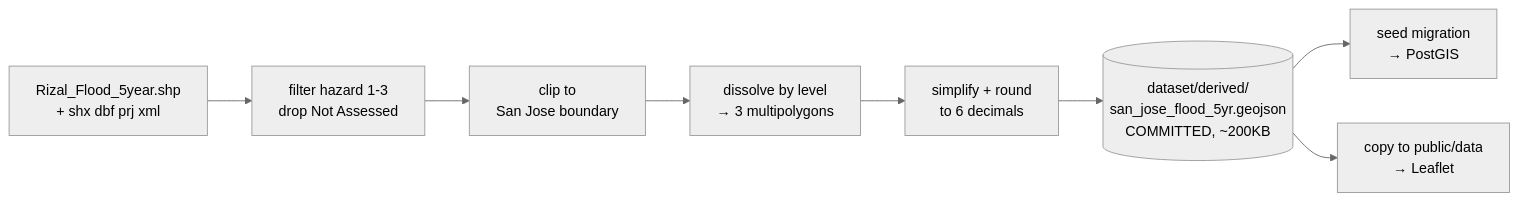
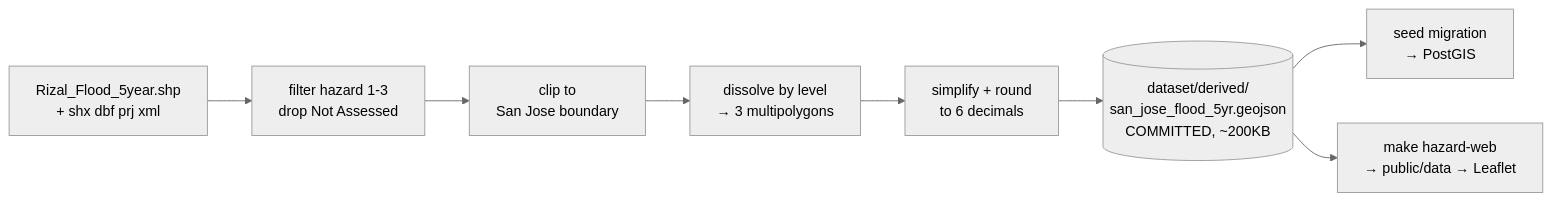
The seventh of 7 diagrams in docs/architecture.md (MaChewwwww/Project_Pitching), drawn with Mermaid (neutral theme) before and after one commit. The commit also changed other lines of this file and 170 other files, not shown here.

````diff
--- a/docs/architecture.md
+++ b/docs/architecture.md
@@ -658,10 +661,10 @@
 ```mermaid
 graph LR
     A[Rizal_Flood_5year.shp<br/>+ shx dbf prj xml] --> B[filter hazard 1-3<br/>drop Not Assessed]
     B --> C[clip to<br/>San Jose boundary]
     C --> D[dissolve by level<br/>→ 3 multipolygons]
     D --> E[simplify + round<br/>to 6 decimals]
     E --> F[(dataset/derived/<br/>san_jose_flood_5yr.geojson<br/>COMMITTED, ~200KB)]
     F --> G[seed migration<br/>→ PostGIS]
-    F --> H[copy to public/data<br/>→ Leaflet]
+    F --> H[make hazard-web<br/>→ public/data → Leaflet]
 ```
````
